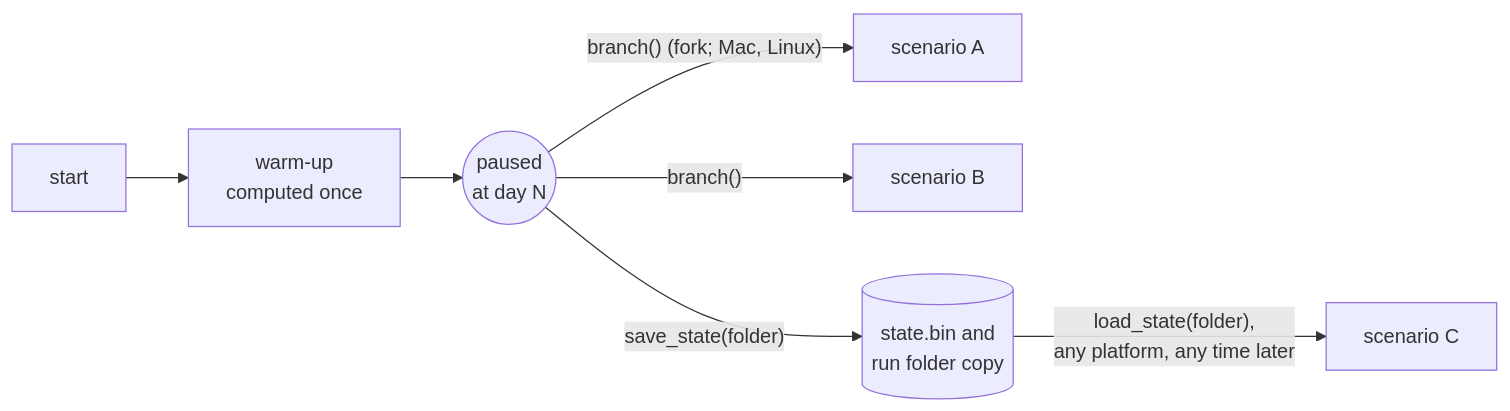
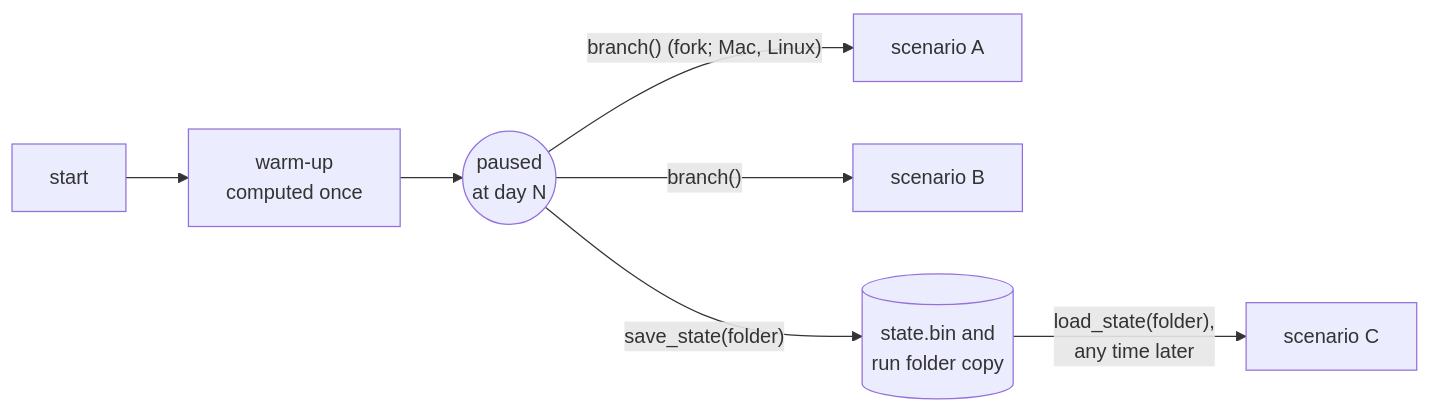
One commit to northlinehydrology/swatplus-bmi changed the second of 2 diagrams in README.md. Above: the diagram before and after it, drawn with Mermaid. The commit also changed other lines of this file and 2 other files, not shown here.

````diff
--- a/README.md
+++ b/README.md
@@ -84,8 +85,8 @@
 ```mermaid
 flowchart LR
   S0["start"] --> WU["warm-up<br/>computed once"] --> N(("paused<br/>at day N"))
   N -- "branch() (fork; Mac, Linux)" --> A["scenario A"]
   N -- "branch()" --> B["scenario B"]
   N -- "save_state(folder)" --> F[("state.bin and<br/>run folder copy")]
-  F -- "load_state(folder),<br/>any platform, any time later" --> C["scenario C"]
+  F -- "load_state(folder),<br/>any time later" --> C["scenario C"]
 ```
````
